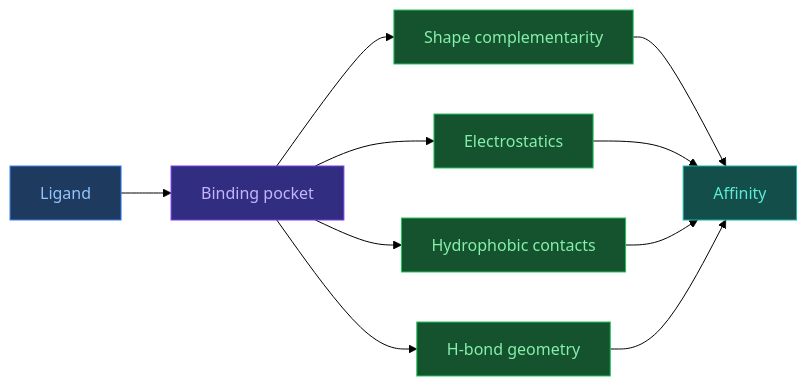
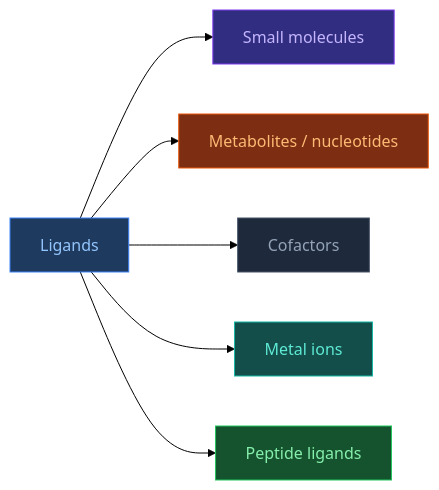
One commit to OlehVolkov/AlphaFold3-AIGen-KnowledgeBase changed the first of 2 diagrams in EN/2. Concepts/2.1. Biology/2.1.3. Ligands and Small Molecules.md. Above: the diagram before and after it, drawn with Mermaid (forest theme). The commit also changed other lines of this file and 33 other files, not shown here.

````diff
--- a/EN/2. Concepts/2.1. Biology/2.1.3. Ligands and Small Molecules.md
+++ b/EN/2. Concepts/2.1. Biology/2.1.3. Ligands and Small Molecules.md
@@ -45,19 +41,22 @@
 ```mermaid
 flowchart LR
-    L[Ligand]:::input --> P[Binding pocket]:::trunk
-    P --> C1[Shape complementarity]:::diffusion
-    P --> C2[Electrostatics]:::diffusion
-    P --> C3[Hydrophobic contacts]:::diffusion
-    P --> C4[H-bond geometry]:::diffusion
-    C1 --> A[Affinity]:::output
-    C2 --> A
-    C3 --> A
-    C4 --> A
+    L["Ligands"]:::input
+    SM["Small molecules"]:::trunk
+    MET["Metabolites / nucleotides"]:::confidence
+    COF["Cofactors"]:::neutral
+    ION["Metal ions"]:::output
+    PEP["Peptide ligands"]:::diffusion
+
+    L --> SM
+    L --> MET
+    L --> COF
+    L --> ION
+    L --> PEP
 
     classDef input fill:#1e3a5f,stroke:#3b82f6,color:#93c5fd
     classDef trunk fill:#312e81,stroke:#7c3aed,color:#c4b5fd
     classDef diffusion fill:#14532d,stroke:#22c55e,color:#86efac
     classDef confidence fill:#7c2d12,stroke:#ea580c,color:#fdba74
     classDef output fill:#134e4a,stroke:#14b8a6,color:#5eead4
     classDef neutral fill:#1e293b,stroke:#475569,color:#94a3b8
 ```
````
